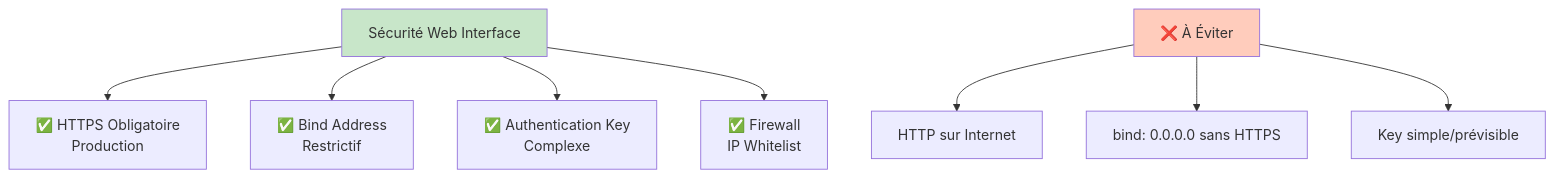
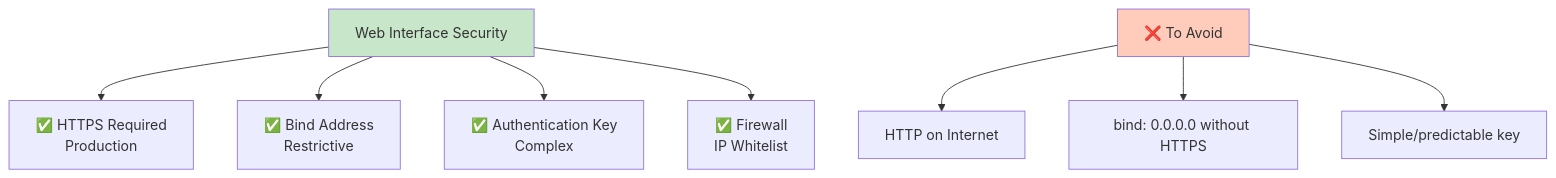
Before and after one commit to senhub-io/senhub-agent: the sixth of 6 diagrams in docs/user-guide/WEB-INTERFACE.md, drawn with Mermaid. The commit also changed other lines of this file and 2 other files, not shown here.

````diff
--- a/docs/user-guide/WEB-INTERFACE.md
+++ b/docs/user-guide/WEB-INTERFACE.md
@@ -728,14 +728,14 @@
 ```mermaid
 graph TD
-    SEC[Sécurité Web Interface] --> HTTPS[✅ HTTPS Obligatoire<br/>Production]
-    SEC --> BIND[✅ Bind Address<br/>Restrictif]
-    SEC --> KEY[✅ Authentication Key<br/>Complexe]
+    SEC[Web Interface Security] --> HTTPS[✅ HTTPS Required<br/>Production]
+    SEC --> BIND[✅ Bind Address<br/>Restrictive]
+    SEC --> KEY[✅ Authentication Key<br/>Complex]
     SEC --> FW[✅ Firewall<br/>IP Whitelist]
 
-    NOTSEC[❌ À Éviter] --> NOHTTP[HTTP sur Internet]
-    NOTSEC --> NOBIND[bind: 0.0.0.0 sans HTTPS]
-    NOTSEC --> NOKEY[Key simple/prévisible]
+    NOTSEC[❌ To Avoid] --> NOHTTP[HTTP on Internet]
+    NOTSEC --> NOBIND[bind: 0.0.0.0 without HTTPS]
+    NOTSEC --> NOKEY[Simple/predictable key]
 
     style SEC fill:#c8e6c9
     style NOTSEC fill:#ffccbc
 ```
````
